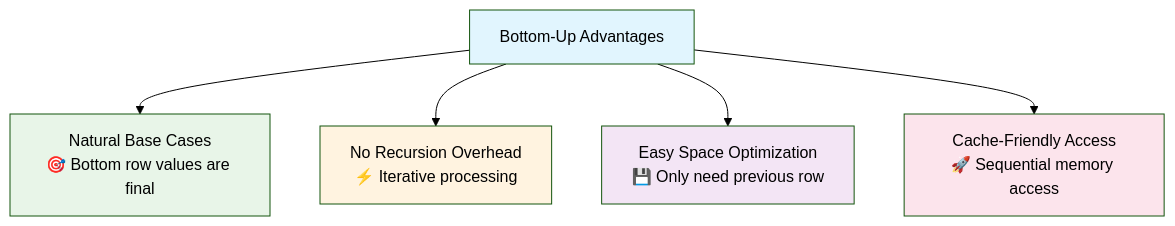
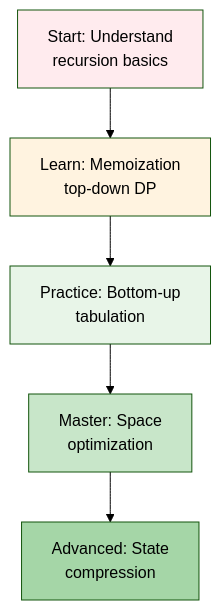
Diagram 18 of 18 in Day_042/README.md (LuckyLongre123/DSA_CPP), drawn with Mermaid (forest theme) before and after one commit. The commit also changed other lines of this file and 22 other files, not shown here.

````diff
--- a/Day_042/README.md
+++ b/Day_042/README.md
@@ -641,13 +952,13 @@
 ```mermaid
 flowchart TD
-    A[Bottom-Up Advantages] --> B[Natural Base Cases<br/>🎯 Bottom row values are final]
-    A --> C[No Recursion Overhead<br/>⚡ Iterative processing]
-    A --> D[Easy Space Optimization<br/>💾 Only need previous row]
-    A --> E[Cache-Friendly Access<br/>🚀 Sequential memory access]
+    A["Start: Understand<br/>recursion basics"] --> B["Learn: Memoization<br/>top-down DP"]
+    B --> C["Practice: Bottom-up<br/>tabulation"]
+    C --> D["Master: Space<br/>optimization"]
+    D --> E["Advanced: State<br/>compression"]
     
-    style A fill:#e1f5fe
-    style B fill:#e8f5e8
-    style C fill:#fff3e0
-    style D fill:#f3e5f5
-    style E fill:#fce4ec
+    style A fill:#ffebee
+    style B fill:#fff3e0
+    style C fill:#e8f5e8
+    style D fill:#c8e6c9
+    style E fill:#a5d6a7
 ```
````
